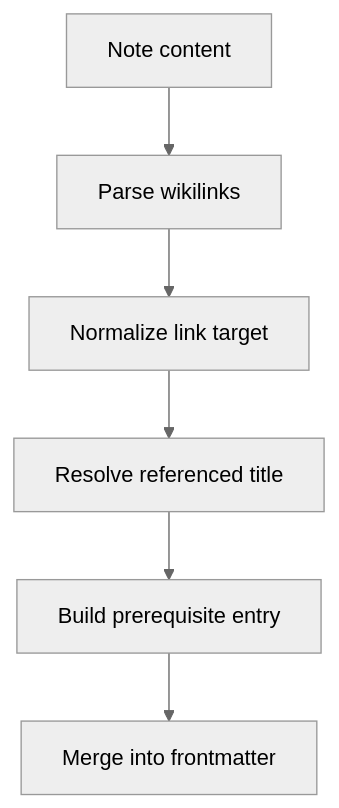
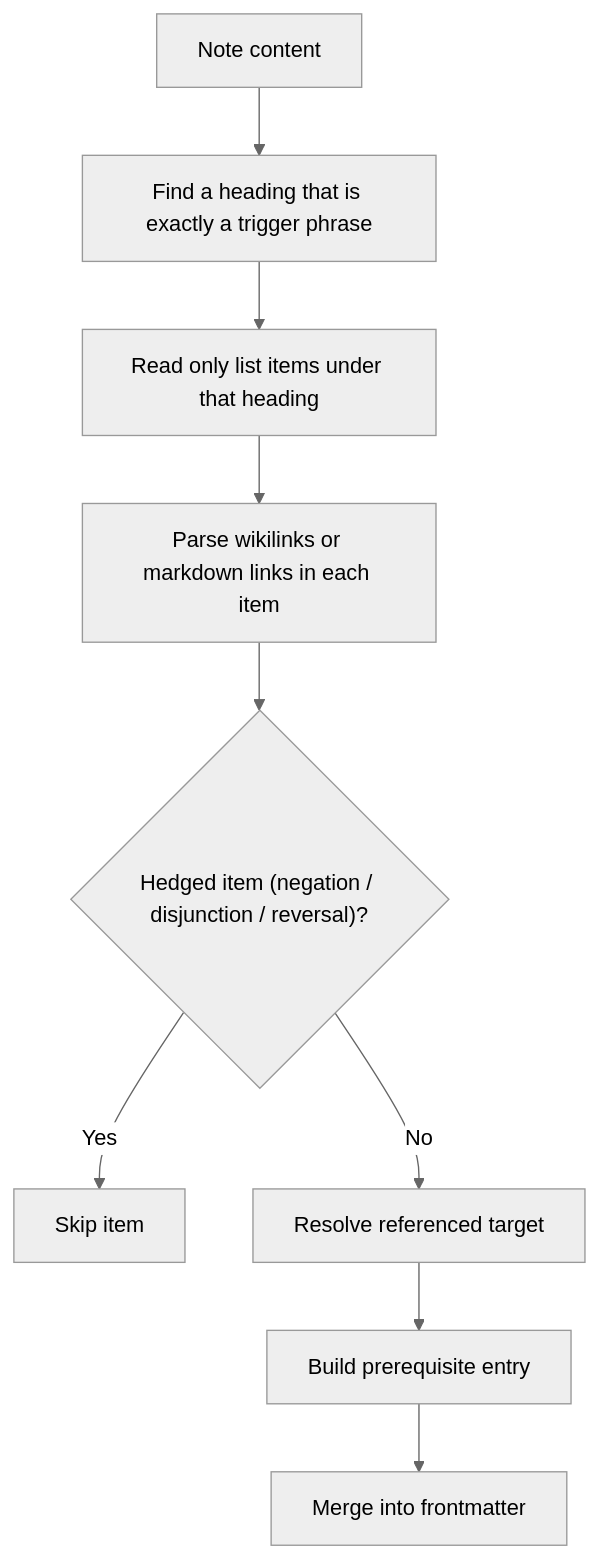
Before and after one commit to Kuldeep2822k/palee-architecture: the fifth of 6 diagrams in User Guide/Topic Management/Adopting Topics/Adopt Commands and Options.md, drawn with Mermaid (neutral theme). The commit also changed other lines of this file and 5 other files, not shown here.

````diff
--- a/User Guide/Topic Management/Adopting Topics/Adopt Commands and Options.md
+++ b/User Guide/Topic Management/Adopting Topics/Adopt Commands and Options.md
@@ -180,8 +205,11 @@
 ```mermaid
 flowchart TD
-    Content["Note content"] --> ParseLinks["Parse wikilinks"]
-    ParseLinks --> Normalize["Normalize link target"]
-    Normalize --> ResolveTitle["Resolve referenced title"]
+    Content["Note content"] --> FindHeading["Find a heading that is exactly a trigger phrase"]
+    FindHeading --> ListItems["Read only list items under that heading"]
+    ListItems --> ParseLinks["Parse wikilinks or markdown links in each item"]
+    ParseLinks --> Hedged{"Hedged item (negation / disjunction / reversal)?"}
+    Hedged -->|Yes| Skip["Skip item"]
+    Hedged -->|No| ResolveTitle["Resolve referenced target"]
     ResolveTitle --> BuildEntry["Build prerequisite entry"]
     BuildEntry --> Merge["Merge into frontmatter"]
 ```
````
